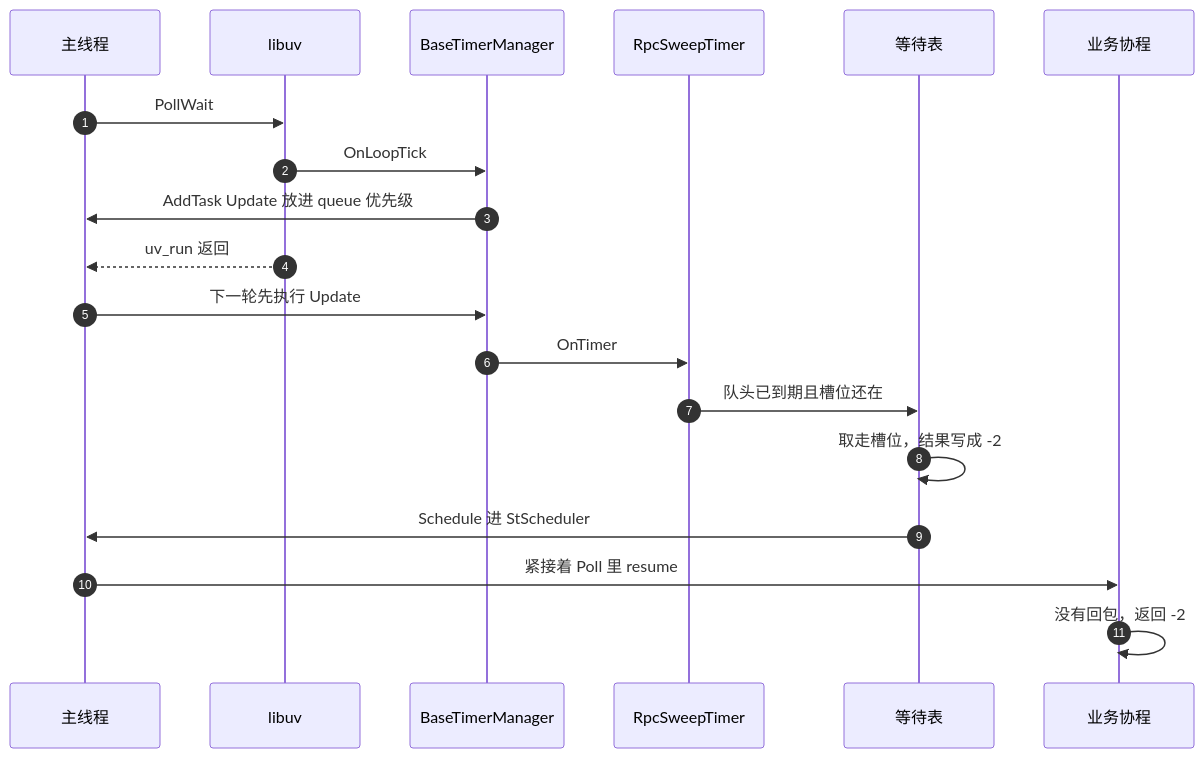
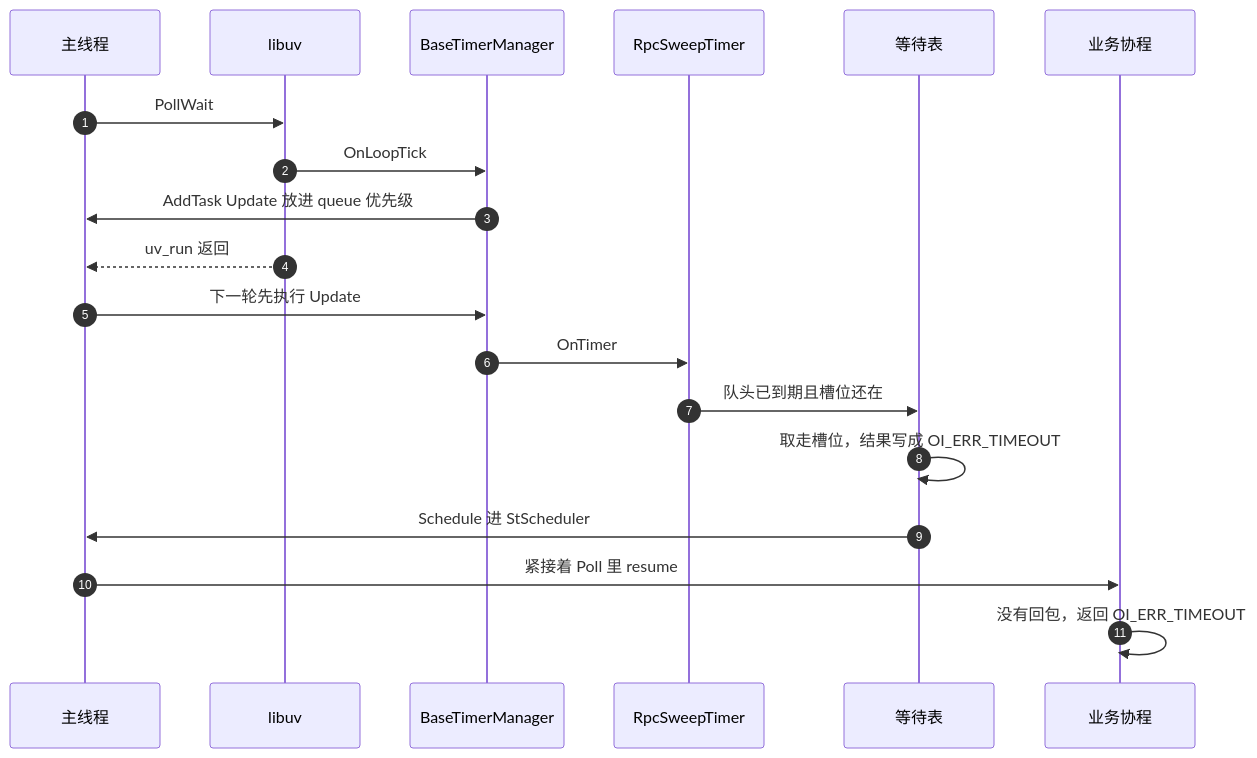
One commit to orikiaru/openidea changed the diagram in docs/sequence-diagram/single-thread/timeout.md. Above: the diagram before and after it, drawn with Mermaid. The commit also changed other lines of this file and 48 other files, not shown here.

````diff
--- a/docs/sequence-diagram/single-thread/timeout.md
+++ b/docs/sequence-diagram/single-thread/timeout.md
@@ -7,22 +7,22 @@
 ```mermaid
 sequenceDiagram
     autonumber
     participant Main as 主线程
     participant Uv as libuv
     participant Timer as BaseTimerManager
     participant Sweep as RpcSweepTimer
     participant Wait as 等待表
     participant Biz as 业务协程
 
     Main->>Uv: PollWait
     Uv->>Timer: OnLoopTick
     Timer->>Main: AddTask Update 放进 queue 优先级
     Uv-->>Main: uv_run 返回
     Main->>Timer: 下一轮先执行 Update
     Timer->>Sweep: OnTimer
     Sweep->>Wait: 队头已到期且槽位还在
-    Wait->>Wait: 取走槽位，结果写成 -2
+    Wait->>Wait: 取走槽位，结果写成 OI_ERR_TIMEOUT
     Wait->>Main: Schedule 进 StScheduler
     Main->>Biz: 紧接着 Poll 里 resume
-    Biz->>Biz: 没有回包，返回 -2
+    Biz->>Biz: 没有回包，返回 OI_ERR_TIMEOUT
 ```
````
